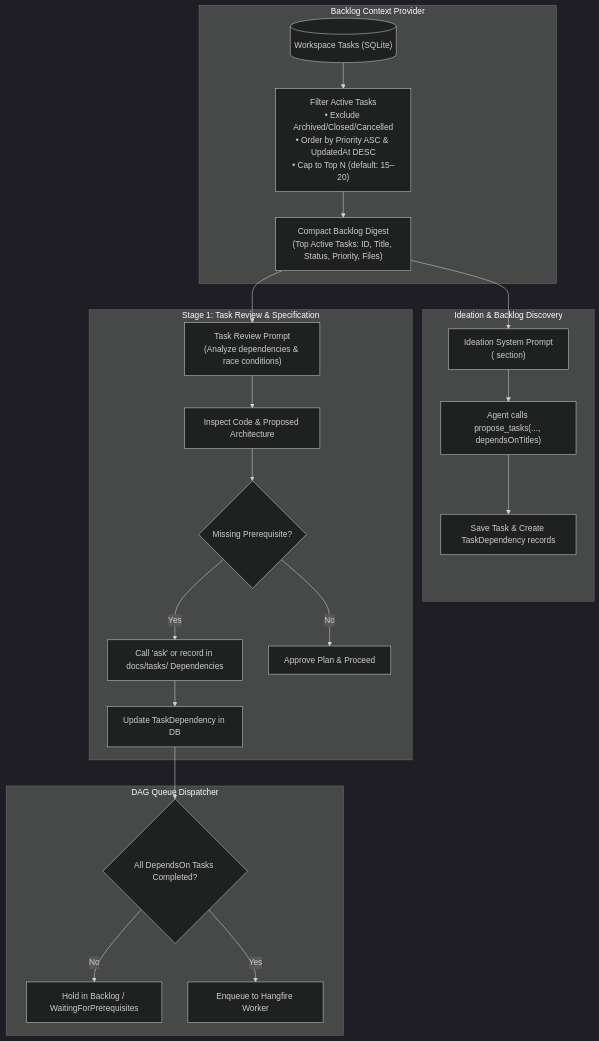
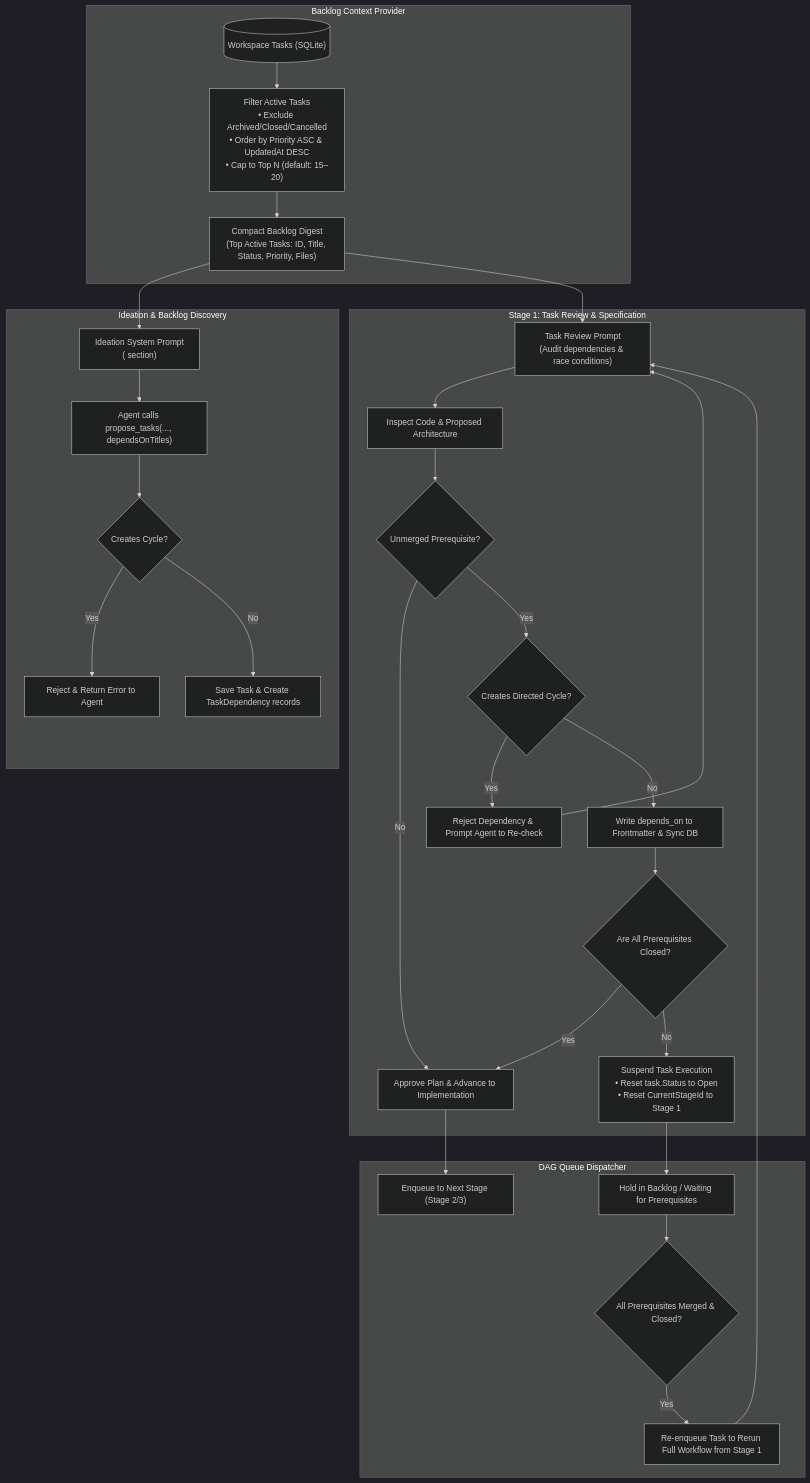
Before and after one commit to jetelain/NightCodeForge: the diagram in docs/plan/phase-11/STEP_11_14_INTELLIGENT_TASK_DEPENDENCY_DETECTION.md, drawn with Mermaid (dark theme). The commit also changed other lines of this file and 1 other file, not shown here.

Commit message:
Plan update

````diff
--- a/docs/plan/phase-11/STEP_11_14_INTELLIGENT_TASK_DEPENDENCY_DETECTION.md
+++ b/docs/plan/phase-11/STEP_11_14_INTELLIGENT_TASK_DEPENDENCY_DETECTION.md
@@ -31,31 +35,40 @@
 ```mermaid
 flowchart TD
     subgraph Context ["Backlog Context Provider"]
         TaskDB[("Workspace Tasks (SQLite)")]
         FilterTasks["Filter Active Tasks<br/>• Exclude Archived/Closed/Cancelled<br/>• Order by Priority ASC & UpdatedAt DESC<br/>• Cap to Top N (default: 15–20)"]
         CompactSummary["Compact Backlog Digest<br/>(Top Active Tasks: ID, Title, Status, Priority, Files)"]
         TaskDB --> FilterTasks
         FilterTasks --> CompactSummary
     end
 
     subgraph IdeationStage ["Ideation & Backlog Discovery"]
-        CompactSummary --> IdeationPrompt["Ideation System Prompt<br/>(<existing_tasks> section)"]
+        CompactSummary --> IdeationPrompt["Ideation System Prompt<br/>(<existing_workspace_tasks> section)"]
         IdeationPrompt --> AgentPropose["Agent calls propose_tasks(..., dependsOnTitles)"]
-        AgentPropose --> AutoLink["Save Task & Create TaskDependency records"]
+        AgentPropose --> CheckIdeationCycle{"Creates Cycle?"}
+        CheckIdeationCycle -- Yes --> RejectIdeationCycle["Reject & Return Error to Agent"]
+        CheckIdeationCycle -- No --> AutoLink["Save Task & Create TaskDependency records"]
     end
 
     subgraph ReviewStage ["Stage 1: Task Review & Specification"]
-        CompactSummary --> ReviewPrompt["Task Review Prompt<br/>(Analyze dependencies & race conditions)"]
+        CompactSummary --> ReviewPrompt["Task Review Prompt<br/>(Audit dependencies & race conditions)"]
         ReviewPrompt --> CodeInspect["Inspect Code & Proposed Architecture"]
-        CodeInspect --> CheckDeps{"Missing Prerequisite?"}
-        CheckDeps -- Yes --> AskOrLink["Call 'ask' or record in docs/tasks/ Dependencies"]
-        CheckDeps -- No --> ApprovePlan["Approve Plan & Proceed"]
-        AskOrLink --> UpdateDeps["Update TaskDependency in DB"]
+        CodeInspect --> CheckDeps{"Unmerged Prerequisite?"}
+        CheckDeps -- No --> ApprovePlan["Approve Plan & Advance to Implementation"]
+        CheckDeps -- Yes --> CheckReviewCycle{"Creates Directed Cycle?"}
+        CheckReviewCycle -- Yes --> RejectReviewCycle["Reject Dependency & Prompt Agent to Re-check"]
+        RejectReviewCycle --> ReviewPrompt
+        CheckReviewCycle -- No --> UpdateFrontmatter["Write depends_on to Frontmatter & Sync DB"]
+        UpdateFrontmatter --> CheckPrereqsClosed{"Are All Prerequisites Closed?"}
+        CheckPrereqsClosed -- Yes --> ApprovePlan
+        CheckPrereqsClosed -- No --> SuspendReset["Suspend Task Execution<br/>• Reset task.Status to Open<br/>• Reset CurrentStageId to Stage 1"]
     end
 
     subgraph Scheduler ["DAG Queue Dispatcher"]
-        UpdateDeps --> DAGCheck{"All DependsOn Tasks Completed?"}
-        DAGCheck -- No --> Hold["Hold in Backlog / WaitingForPrerequisites"]
-        DAGCheck -- Yes --> Queue["Enqueue to Hangfire Worker"]
+        SuspendReset --> Hold["Hold in Backlog / Waiting for Prerequisites"]
+        ApprovePlan --> QueueStage2["Enqueue to Next Stage (Stage 2/3)"]
+        Hold --> PrereqClosed{"All Prerequisites Merged & Closed?"}
+        PrereqClosed -- Yes --> ReQueue["Re-enqueue Task to Rerun Full Workflow from Stage 1"]
+        ReQueue --> ReviewPrompt
     end
 ```
````
